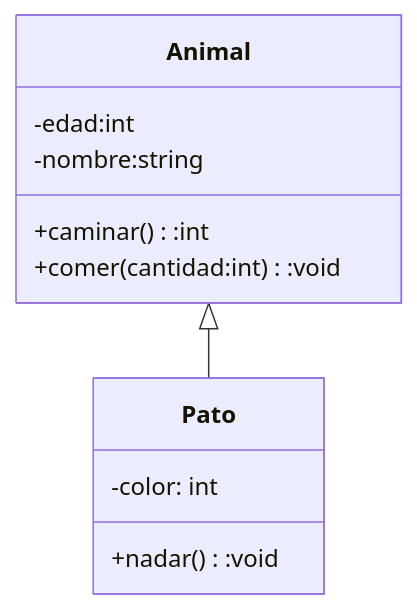
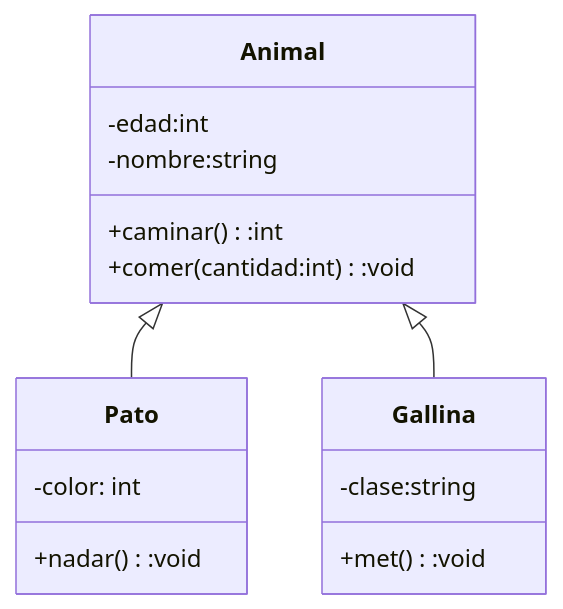
The diagram in README.md (ealejor/PERSISTENCIA-JAVA), drawn with Mermaid before and after one commit.

````diff
--- a/README.md
+++ b/README.md
@@ -4,17 +4,22 @@
 ```mermaid
 classDiagram
     class Animal{
         -edad:int
         -nombre:string
         +caminar():int
         +comer(cantidad:int):void
     }
     
     class Pato{
         -color: int
         +nadar():void
     }
     
+    class Gallina{
+        -clase:string
+        +met():void
+    }
+    
     Animal <|-- Pato
-    
+    Animal <|-- Gallina
 ```
````
